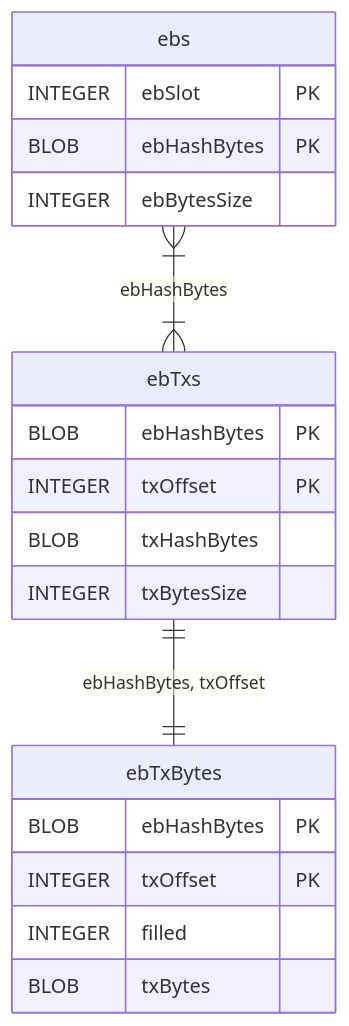
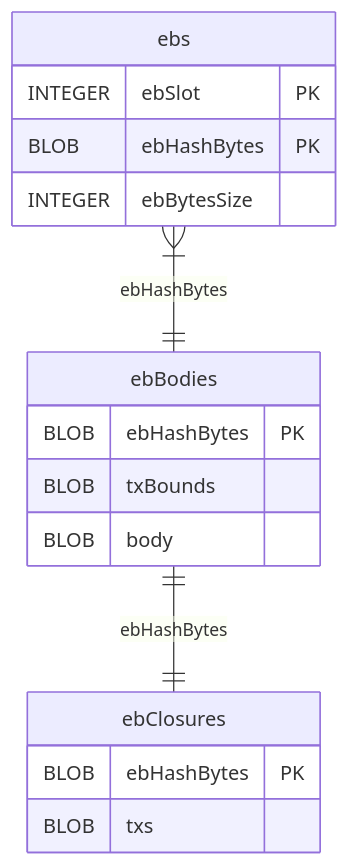
One commit to IntersectMBO/ouroboros-consensus changed the third of 3 diagrams in docs/website/contents/explanations/leiosdb.md. Above: the diagram before and after it, drawn with Mermaid. The commit also changed other lines of this file and 17 other files, not shown here.

````diff
--- a/docs/website/contents/explanations/leiosdb.md
+++ b/docs/website/contents/explanations/leiosdb.md
@@ -83,23 +79,20 @@
 ```mermaid
 erDiagram
     ebs {
         INTEGER ebSlot PK
         BLOB ebHashBytes PK
         INTEGER ebBytesSize
     }
-    ebTxs {
+    ebBodies {
         BLOB ebHashBytes PK
-        INTEGER txOffset PK
-        BLOB txHashBytes
-        INTEGER txBytesSize
+        BLOB txBounds
+        BLOB body
     }
-    ebTxBytes {
+    ebClosures {
         BLOB ebHashBytes PK
-        INTEGER txOffset PK
-        INTEGER filled
-        BLOB txBytes
+        BLOB txs
     }
 
-    ebs }|--|{ ebTxs : "ebHashBytes"
-    ebTxs ||--|| ebTxBytes : "ebHashBytes, txOffset"
+    ebs }|--|| ebBodies : "ebHashBytes"
+    ebBodies ||--|| ebClosures : "ebHashBytes"
 ```
````
